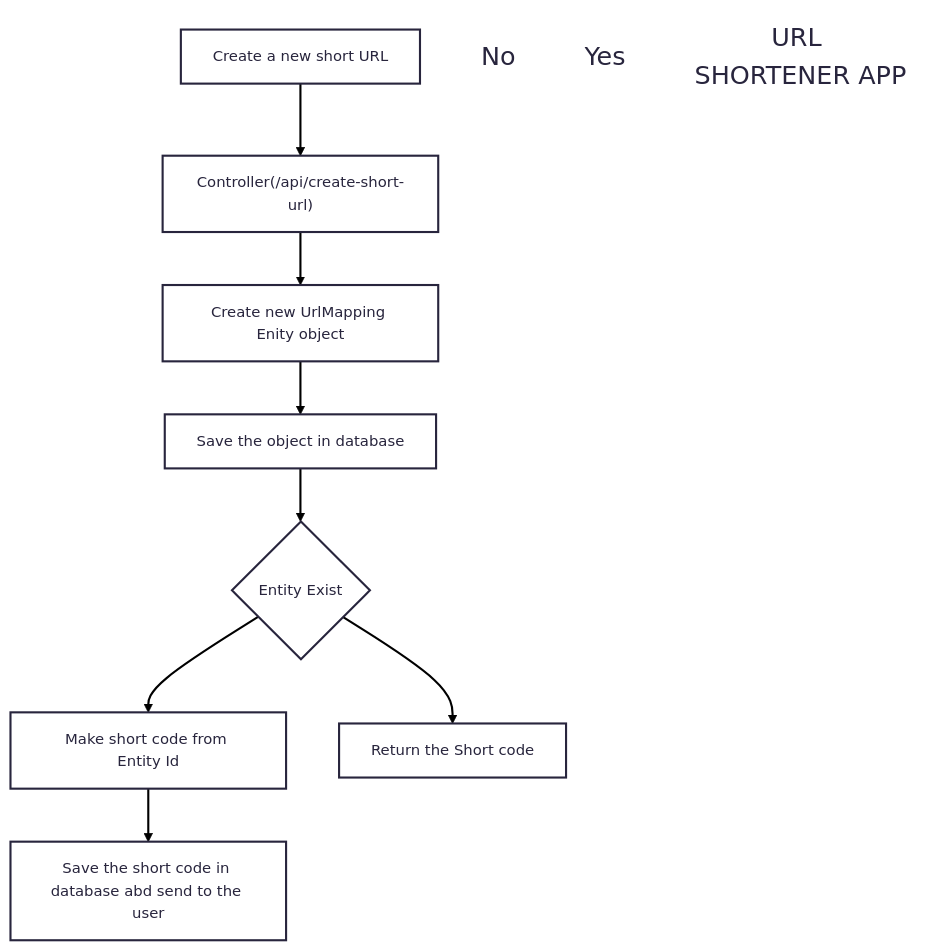
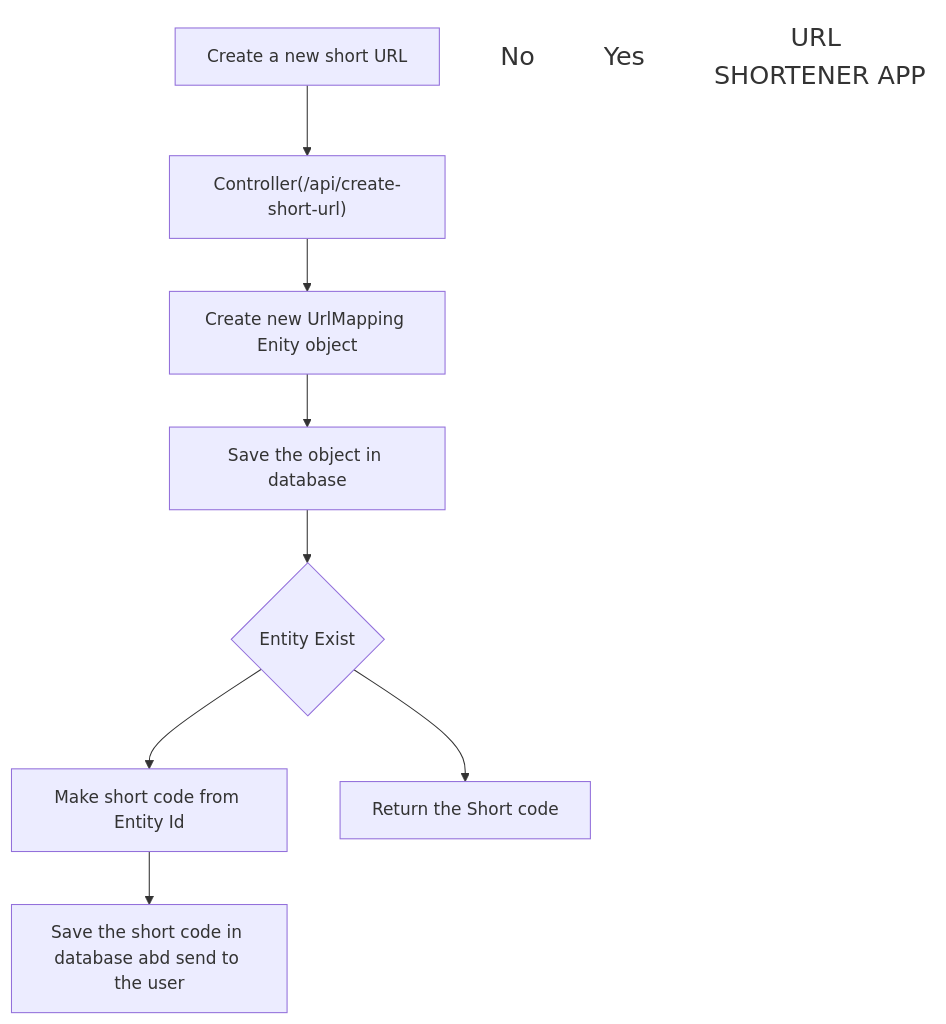
Before and after one commit to AshfiM/url-shortner: the diagram in README.MD, drawn with Mermaid.

Commit message:
diagram readme

````diff
--- a/README.MD
+++ b/README.MD
@@ -1,27 +1,27 @@
 ```mermaid
 ---
 config:
-  theme: redux
+  theme: mc
   layout: fixed
 ---
 flowchart TB
     n1["Create a new short URL"] --> n2["Controller(/api/create-short-url)"]
     n2 --> n3["Create new UrlMapping Enity object"]
     n3 --> n4["Save the object in database"]
     n5["Make short code from Entity Id"] --> n6["Save the short code in database abd send to the user"]
     n4 --> n8["Entity Exist"]
     n8 --> n5 & n10["Return the Short code"]
     n9["No"]
     n11["Yes"]
     n12["URL SHORTENER APP"]
 
     n1@{ shape: rect}
     n8@{ shape: decision}
     n10@{ shape: rect}
     n9@{ shape: text}
     n11@{ shape: text}
     n12@{ shape: text}
     style n9 font-size:24px
     style n11 font-size:24px
     style n12 font-size:24px
 ```
````
